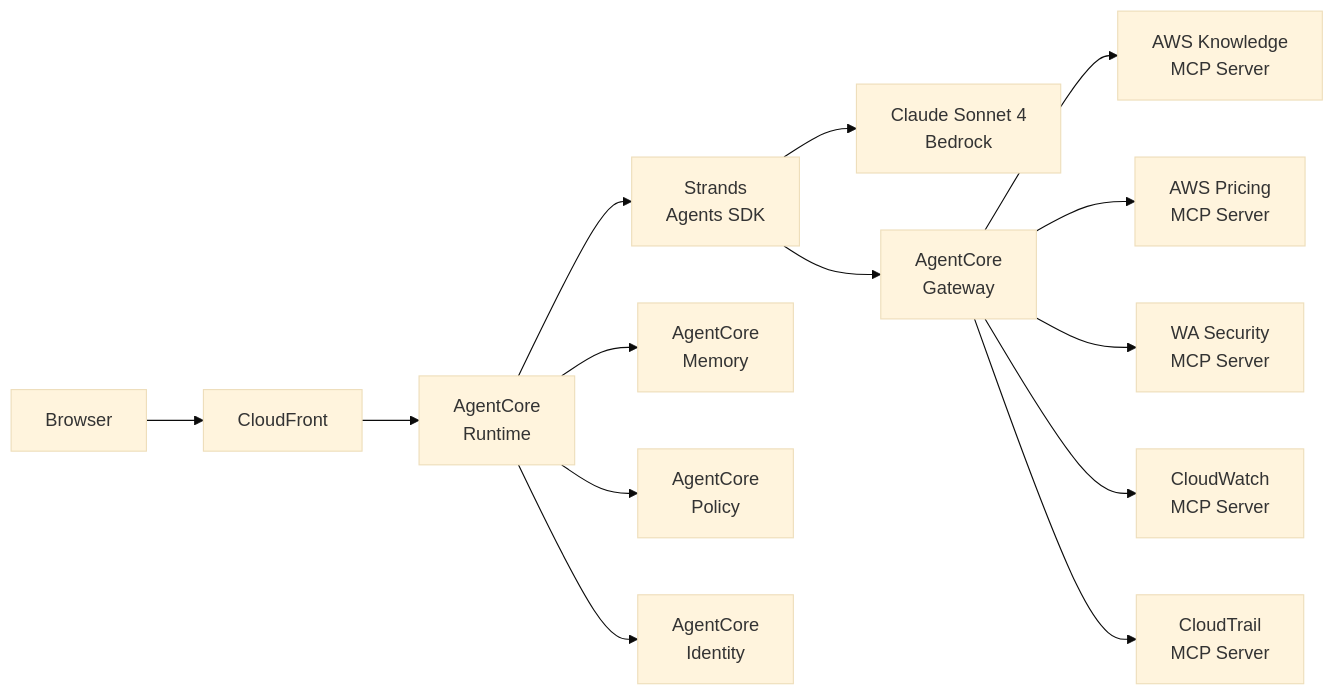
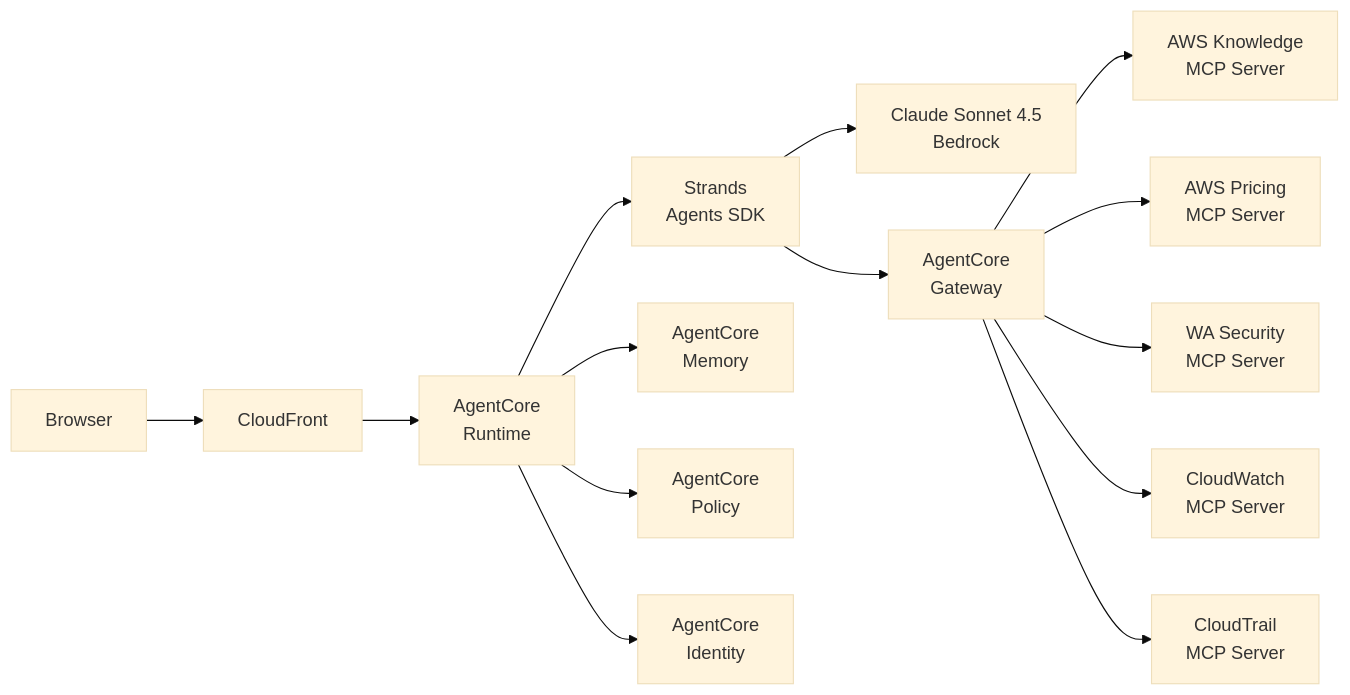
Before and after one commit to RayihBou/AWS-Launch-Pad: the diagram in README.md, drawn with Mermaid (base theme). The commit also changed other lines of this file and 2 other files, not shown here.

Commit message:
Upgrade LLM from Claude Sonnet 4 to Claude Sonnet 4.5
- Model ID: us.anthropic.claude-sonnet-4-5-20250929-v1:0
- Same pricing tier: $3/1M input, $15/1M output
- Updated: Runtime env vars, agent/app.py default, README.md,
  cost-estimation.html, memory.md

````diff
--- a/README.md
+++ b/README.md
@@ -20,16 +20,16 @@
 ```mermaid
 graph LR
     A[Browser] --> B[CloudFront]
     B --> C[AgentCore<br/>Runtime]
     C --> D[Strands<br/>Agents SDK]
-    D --> E[Claude Sonnet 4<br/>Bedrock]
+    D --> E[Claude Sonnet 4.5<br/>Bedrock]
     D --> F[AgentCore<br/>Gateway]
     F --> G[AWS Knowledge<br/>MCP Server]
     F --> H[AWS Pricing<br/>MCP Server]
     F --> I[WA Security<br/>MCP Server]
     F --> J[CloudWatch<br/>MCP Server]
     F --> N[CloudTrail<br/>MCP Server]
     C --> K[AgentCore<br/>Memory]
     C --> L[AgentCore<br/>Policy]
     C --> M[AgentCore<br/>Identity]
 ```
````
